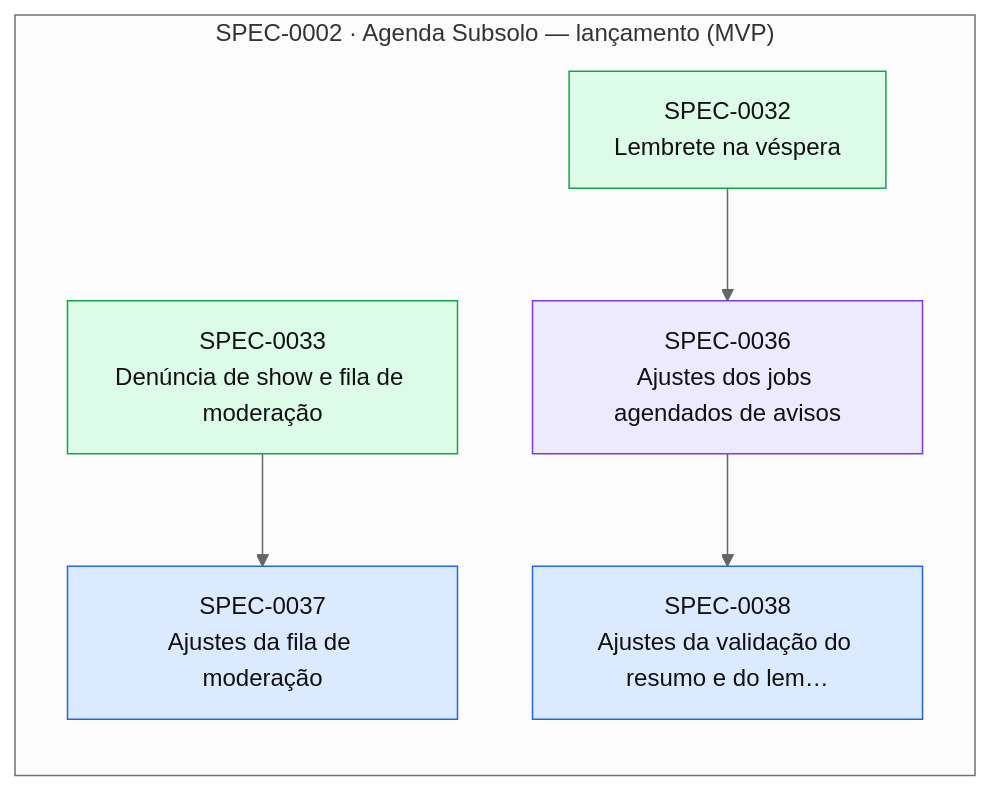
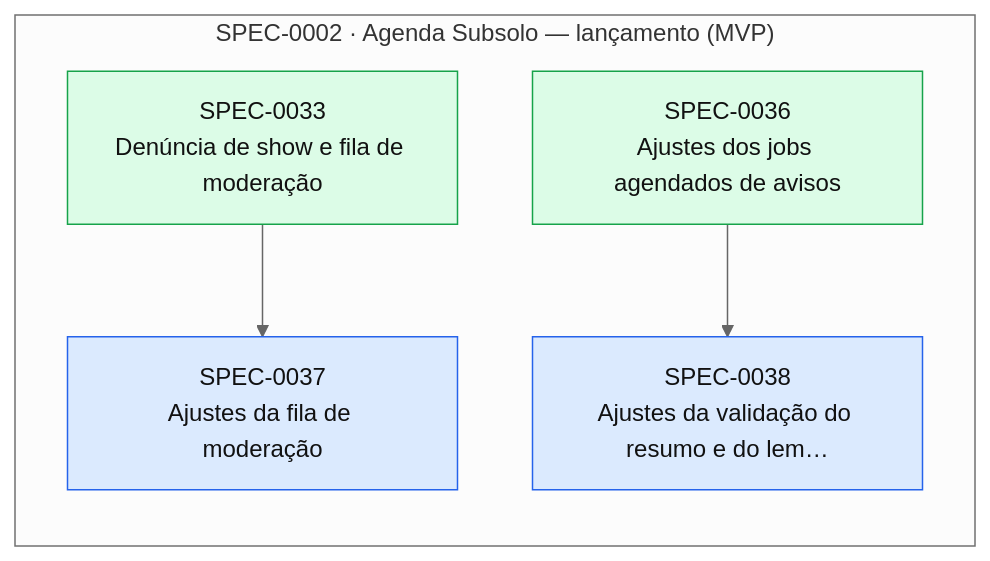
Before and after one commit to thomasravache/subsolo: the diagram in docs/specs/INDEX.md, drawn with Mermaid (neutral theme). The commit also changed other lines of this file and 2 other files, not shown here.

First line of the commit message:
docs(sdd): close wave 20 (SPEC-0036)

````diff
--- a/docs/specs/INDEX.md
+++ b/docs/specs/INDEX.md
@@ -68,18 +67,16 @@
 ```mermaid
 flowchart LR
   subgraph E0002["SPEC-0002 · Agenda Subsolo — lançamento (MVP)"]
-    S0032["SPEC-0032<br/>Lembrete na véspera"]:::implemented
     S0033["SPEC-0033<br/>Denúncia de show e fila de moderação"]:::implemented
-    S0036["SPEC-0036<br/>Ajustes dos jobs agendados de avisos"]:::inprogress
+    S0036["SPEC-0036<br/>Ajustes dos jobs agendados de avisos"]:::implemented
     S0037["SPEC-0037<br/>Ajustes da fila de moderação"]:::approved
     S0038["SPEC-0038<br/>Ajustes da validação do resumo e do lem…"]:::approved
   end
-  S0032 --> S0036
   S0033 --> S0037
   S0036 --> S0038
   classDef proposed fill:#fef3c7,stroke:#d97706,color:#111
   classDef approved fill:#dbeafe,stroke:#2563eb,color:#111
   classDef inprogress fill:#ede9fe,stroke:#7c3aed,color:#111
   classDef implemented fill:#dcfce7,stroke:#16a34a,color:#111
   classDef deprecated fill:#f3f4f6,stroke:#9ca3af,color:#6b7280
 ```
````
